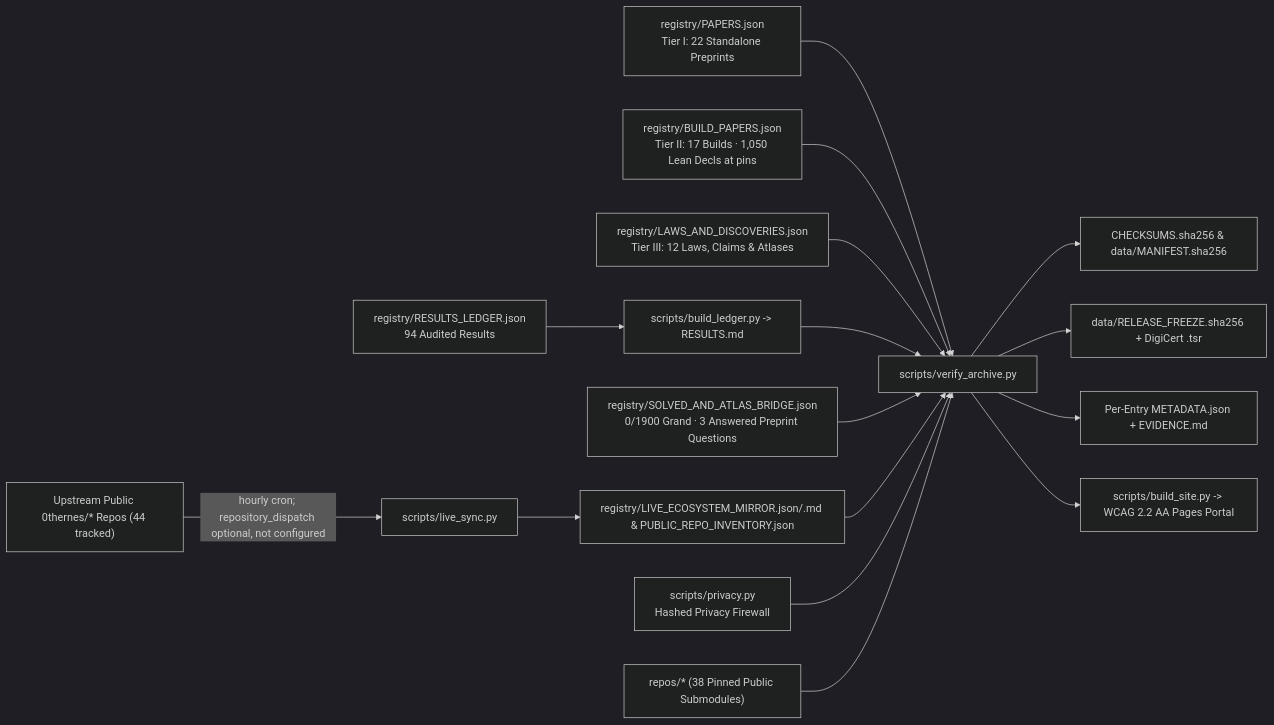
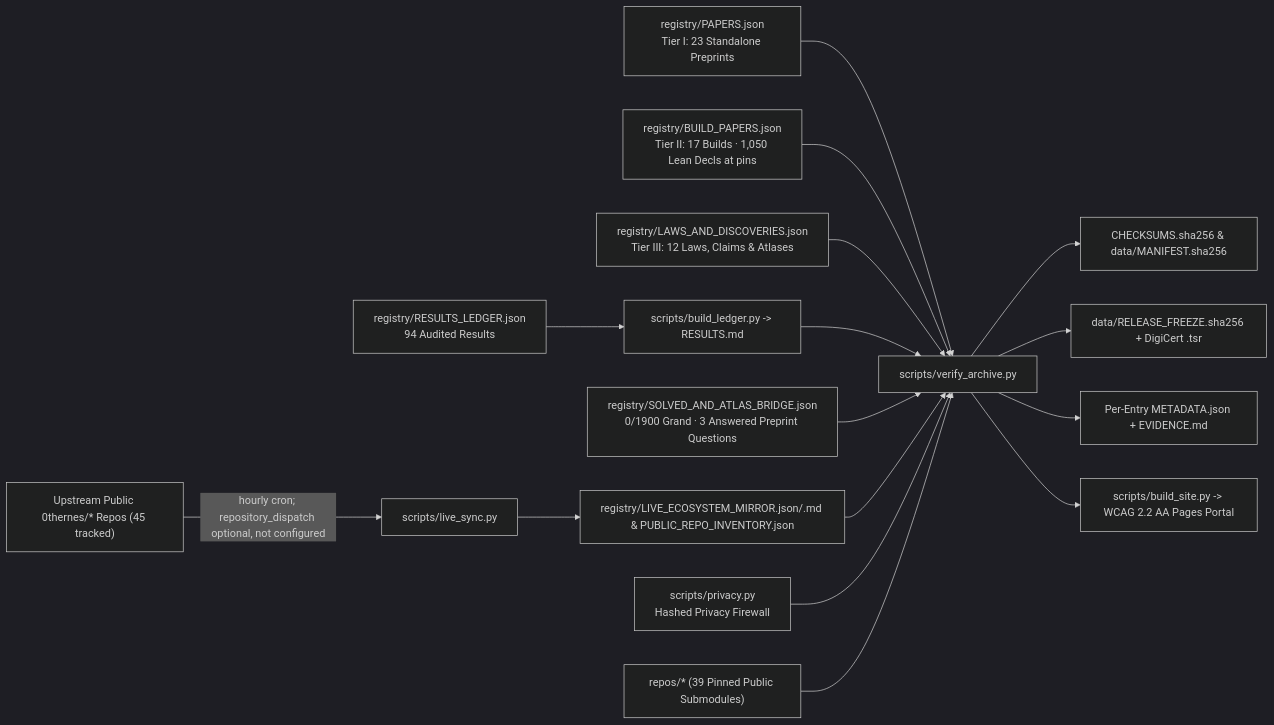
Before and after one commit to 0thernes/0thernes-research-archive: the diagram in docs/architecture.md, drawn with Mermaid (dark theme). The commit also changed other lines of this file and 17 other files, not shown here.

````diff
--- a/docs/architecture.md
+++ b/docs/architecture.md
@@ -5,18 +5,18 @@
 ```mermaid
 flowchart LR
-    UP["Upstream Public 0thernes/* Repos (44 tracked)"] -->|hourly cron; repository_dispatch optional, not configured| LS["scripts/live_sync.py"]
-    R1["registry/PAPERS.json<br/>Tier I: 22 Standalone Preprints"] --> V["scripts/verify_archive.py"]
+    UP["Upstream Public 0thernes/* Repos (45 tracked)"] -->|hourly cron; repository_dispatch optional, not configured| LS["scripts/live_sync.py"]
+    R1["registry/PAPERS.json<br/>Tier I: 23 Standalone Preprints"] --> V["scripts/verify_archive.py"]
     R2["registry/BUILD_PAPERS.json<br/>Tier II: 17 Builds · 1,050 Lean Decls at pins"] --> V
     R3["registry/LAWS_AND_DISCOVERIES.json<br/>Tier III: 12 Laws, Claims & Atlases"] --> V
     RL["registry/RESULTS_LEDGER.json<br/>94 Audited Results"] --> BL["scripts/build_ledger.py -> RESULTS.md"]
     BL --> V
     BR["registry/SOLVED_AND_ATLAS_BRIDGE.json<br/>0/1900 Grand · 3 Answered Preprint Questions"] --> V
     LS --> LM["registry/LIVE_ECOSYSTEM_MIRROR.json/.md & PUBLIC_REPO_INVENTORY.json"]
     LM --> V
     PR["scripts/privacy.py<br/>Hashed Privacy Firewall"] --> V
-    S["repos/* (38 Pinned Public Submodules)"] --> V
+    S["repos/* (39 Pinned Public Submodules)"] --> V
     V --> C["CHECKSUMS.sha256 & data/MANIFEST.sha256"]
     V --> FZ["data/RELEASE_FREEZE.sha256 + DigiCert .tsr"]
     V --> D["Per-Entry METADATA.json + EVIDENCE.md"]
     V --> P["scripts/build_site.py -> WCAG 2.2 AA Pages Portal"]
 ```
````
